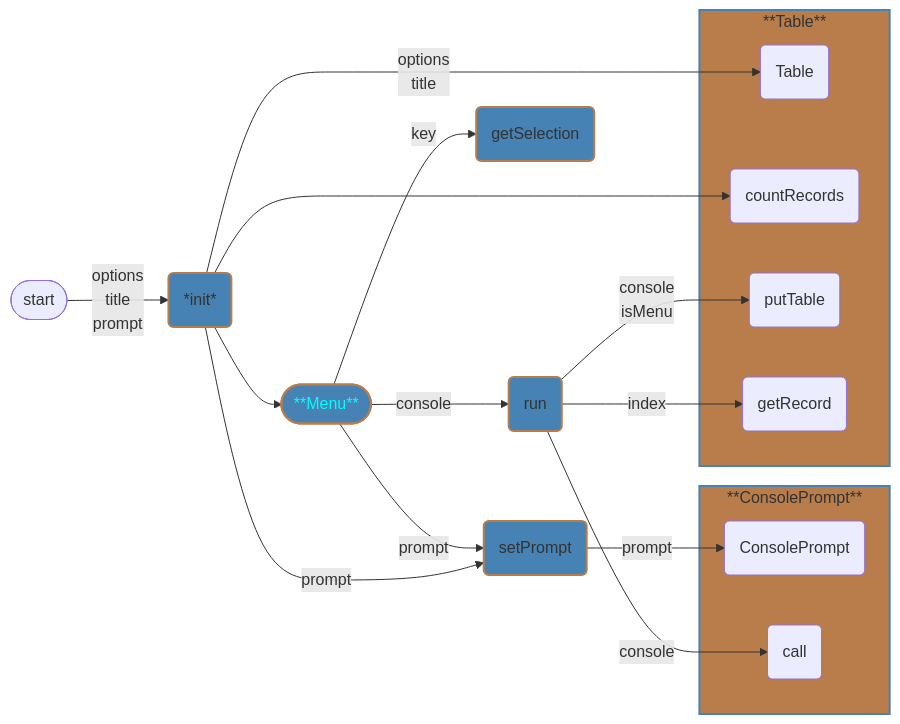
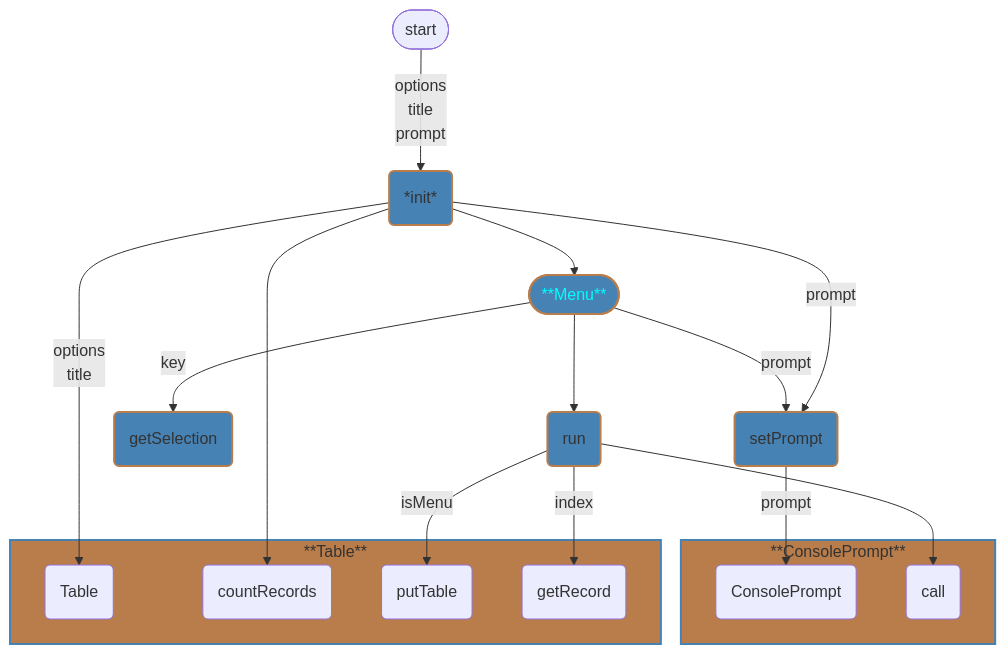
One commit to 7s4e/p3 changed the first of 5 diagrams in pyScripts/docs/menu.md. Above: the diagram before and after it, drawn with Mermaid. The commit also changed other lines of this file and 7 other files, not shown here.

````diff
--- a/pyScripts/docs/menu.md
+++ b/pyScripts/docs/menu.md
@@ -9,39 +9,38 @@
 ```mermaid
-graph LR
+graph
     style MNYU fill:#4682b4,stroke:#b97d4b,stroke-width:2px,color:#0ff
     style T fill:#b97d4b,stroke:#4682b4,stroke-width:2px
     style CP fill:#b97d4b,stroke:#4682b4,stroke-width:2px
     classDef method fill:#4682b4,stroke:#b97d4b,stroke-width:2px
     STRT([start])
         STRT -- options
                 title
                 prompt  --> INIT
     INIT(*init*):::method
         INIT -- options
                 title   --> TBLE
         INIT            --> CREC
         INIT -- prompt  --> SPMT
         INIT            --> MNYU
     MNYU([**Menu**])
         MNYU -- prompt  --> SPMT
         MNYU -- key     --> GSLC
-        MNYU -- console --> RNMN
+        MNYU            --> RNMN
     SPMT(setPrompt):::method
         SPMT -- prompt --> CPMT
     RNMN(run):::method
-        RNMN -- console
-                isMenu  --> PTBL
-        RNMN -- console --> CLLP
-        RNMN -- index   --> GREC
+        RNMN -- isMenu --> PTBL
+        RNMN           --> CLLP
+        RNMN -- index  --> GREC
     GSLC(getSelection):::method
     subgraph T [**Table**]
         TBLE(Table)
         CREC(countRecords)
         PTBL(putTable)
         GREC(getRecord)
     end
     subgraph CP [**ConsolePrompt**]
         CPMT(ConsolePrompt)
         CLLP(call)
     end
 ```
````
